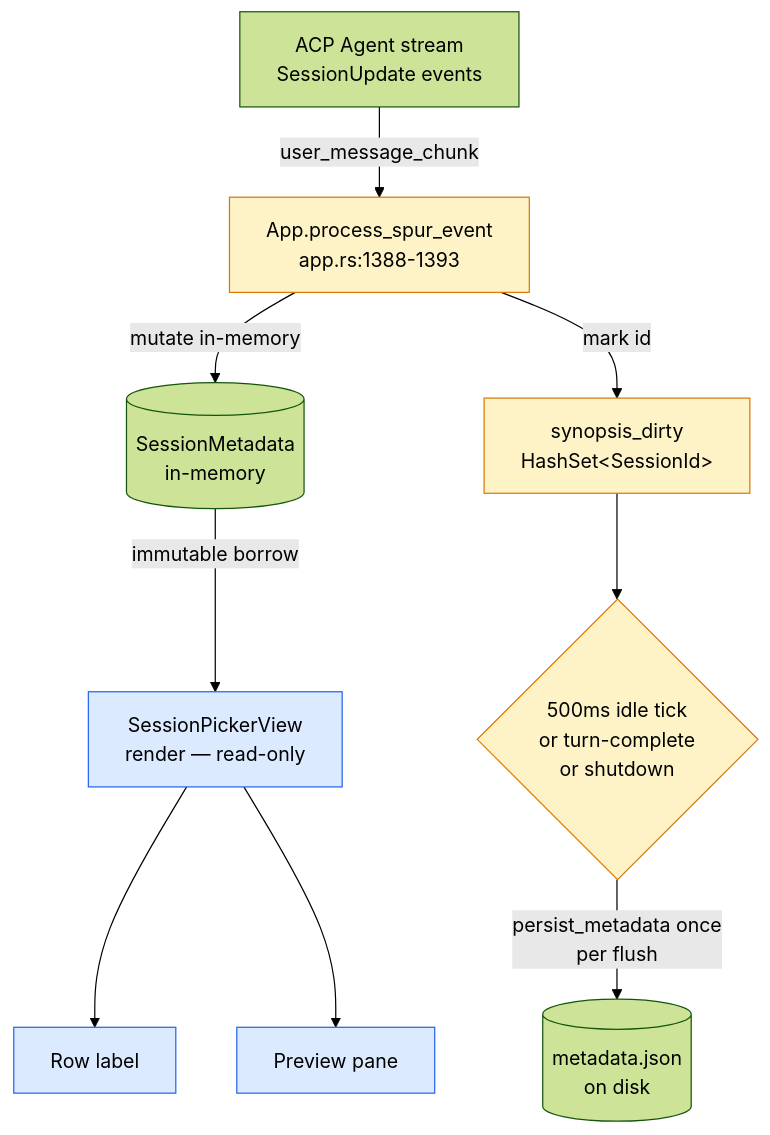
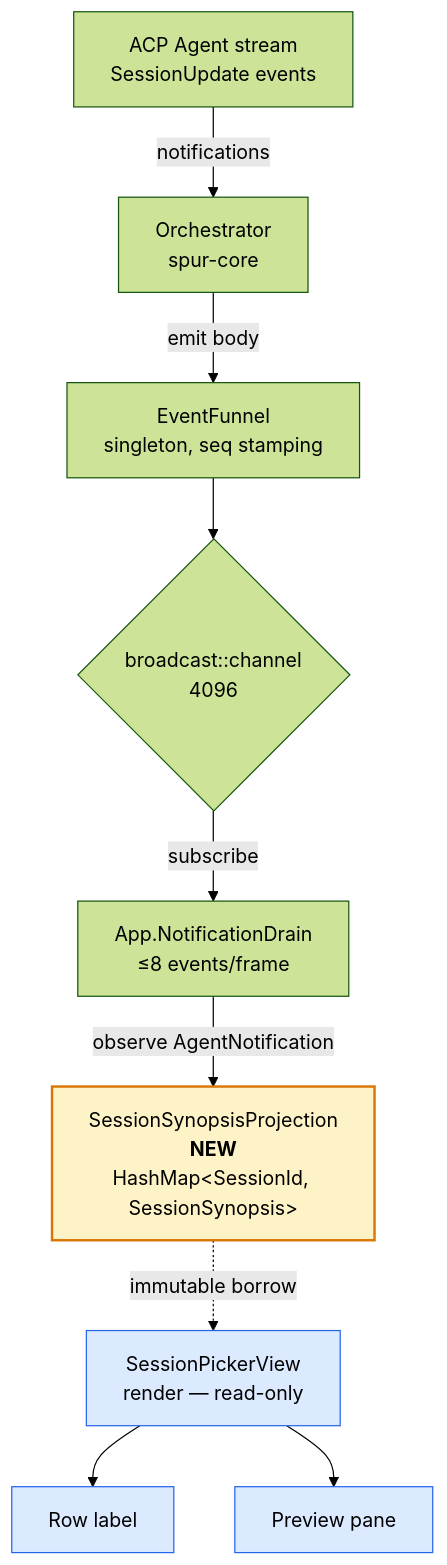
Before and after one commit to getspur/spur: the first of 3 diagrams in docs/superpowers/specs/2026-04-28-session-picker-recall-revamp-design.md, drawn with Mermaid (forest theme). The commit also changed other lines of this file, not shown here.

First line of the commit message:
docs(spec): pivot picker recall to projection pattern

````diff
--- a/docs/superpowers/specs/2026-04-28-session-picker-recall-revamp-design.md
+++ b/docs/superpowers/specs/2026-04-28-session-picker-recall-revamp-design.md
@@ -63,26 +78,26 @@
 ```mermaid
 flowchart TD
     ACP[ACP Agent stream<br/>SessionUpdate events]
-    App[App.process_spur_event<br/>app.rs:1388-1393]
-    Dirty[synopsis_dirty<br/>HashSet&lt;SessionId&gt;]
-    Tick{500ms idle tick<br/>or turn-complete<br/>or shutdown}
-    Mem[(SessionMetadata<br/>in-memory)]
-    Disk[(metadata.json<br/>on disk)]
+    Orch[Orchestrator<br/>spur-core]
+    Funnel[EventFunnel<br/>singleton, seq stamping]
+    BC{broadcast::channel<br/>4096}
+    AppPump[App.NotificationDrain<br/>≤8 events/frame]
+    Proj[SessionSynopsisProjection<br/><b>NEW</b><br/>HashMap&lt;SessionId, SessionSynopsis&gt;]
     Picker[SessionPickerView<br/>render — read-only]
     Row[Row label]
     Preview[Preview pane]
 
-    ACP -->|user_message_chunk| App
-    App -->|mutate in-memory| Mem
-    App -->|mark id| Dirty
-    Dirty --> Tick
-    Tick -->|persist_metadata once<br/>per flush| Disk
-    Mem -->|immutable borrow| Picker
+    ACP -->|notifications| Orch
+    Orch -->|emit body| Funnel
+    Funnel --> BC
+    BC -->|subscribe| AppPump
+    AppPump -->|observe AgentNotification| Proj
+    Proj -.immutable borrow.-> Picker
     Picker --> Row
     Picker --> Preview
 
-    classDef writePath fill:#fef3c7,stroke:#d97706
+    classDef projection fill:#fef3c7,stroke:#d97706,stroke-width:2px
     classDef readPath fill:#dbeafe,stroke:#2563eb
-    class App,Dirty,Tick writePath
+    class Proj projection
     class Picker,Row,Preview readPath
 ```
````
